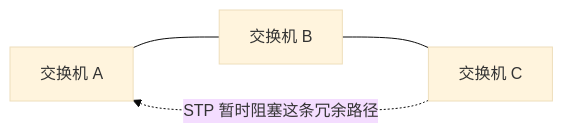
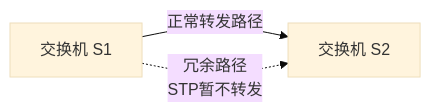
One commit to 74262195/system-architect-notes changed the second of 3 diagrams in 01_综合知识/01_计算机系统基础知识/03_计算机网络/04_局域网与二层技术/STP与链路聚合.md. Above: the diagram before and after it, drawn with Mermaid (base theme). The commit also changed other lines of this file, not shown here.

````diff
--- a/01_综合知识/01_计算机系统基础知识/03_计算机网络/04_局域网与二层技术/STP与链路聚合.md
+++ b/01_综合知识/01_计算机系统基础知识/03_计算机网络/04_局域网与二层技术/STP与链路聚合.md
@@ -44,6 +85,5 @@
 ```mermaid
 flowchart LR
-  A[交换机 A] --- B[交换机 B]
-  B --- C[交换机 C]
-  C -.->|STP 暂时阻塞这条冗余路径| A
+    S1[交换机 S1] -->|正常转发路径| S2[交换机 S2]
+    S1 -.->|冗余路径<br/>STP暂不转发| S2
 ```
````
